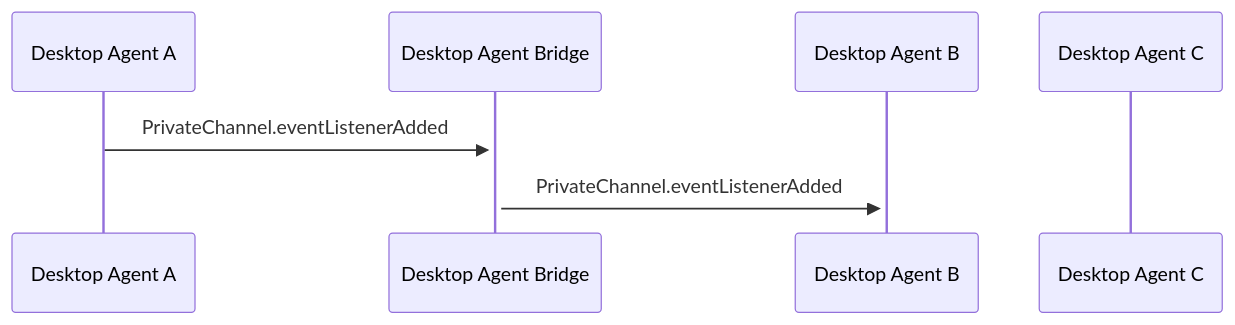
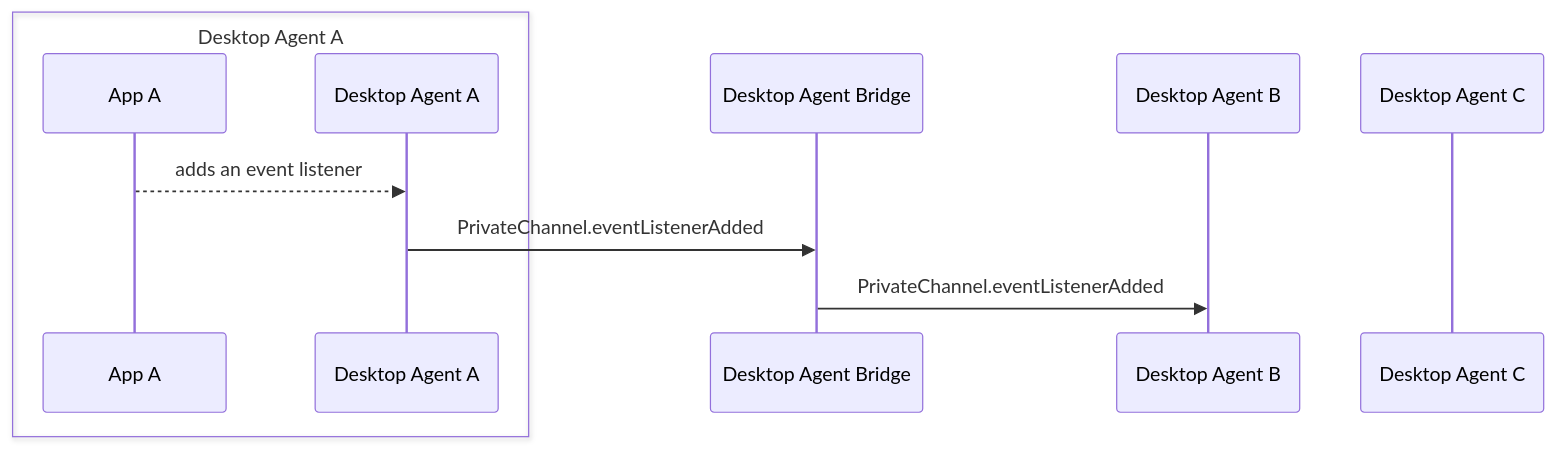
Before and after one commit to InteropIO/FDC3: the diagram in docs/agent-bridging/ref/PrivateChannel.eventListenerAdded.md, drawn with Mermaid. The commit also changed 12 other files, not shown here.

Commit message:
Add the app to each reference page mermaid diagram to clarify how message exchanges work

````diff
--- a/docs/agent-bridging/ref/PrivateChannel.eventListenerAdded.md
+++ b/docs/agent-bridging/ref/PrivateChannel.eventListenerAdded.md
@@ -25,9 +25,13 @@
 ```mermaid
 sequenceDiagram
+    box Desktop Agent A
+    participant AA as App A
     participant DA as Desktop Agent A
+    end
     participant DAB as Desktop Agent Bridge
     participant DB as Desktop Agent B
     participant DC as Desktop Agent C
-    DA ->>+ DAB: PrivateChannel.eventListenerAdded
-    DAB ->>+ DB: PrivateChannel.eventListenerAdded
+    AA -->> DA: adds an event listener
+    DA ->> DAB: PrivateChannel.eventListenerAdded
+    DAB ->> DB: PrivateChannel.eventListenerAdded
 ```
````
